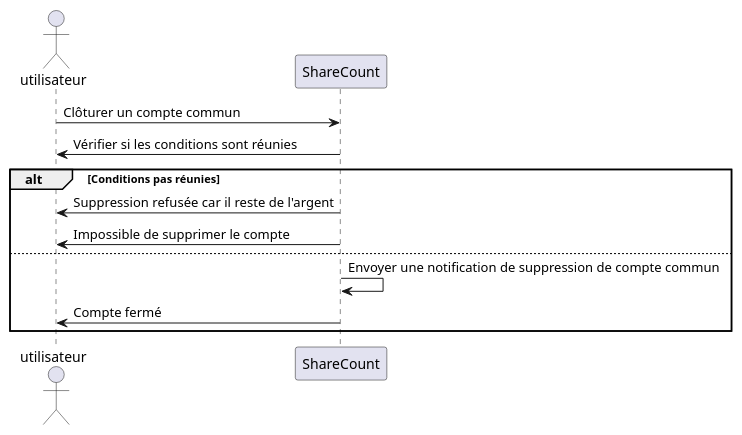
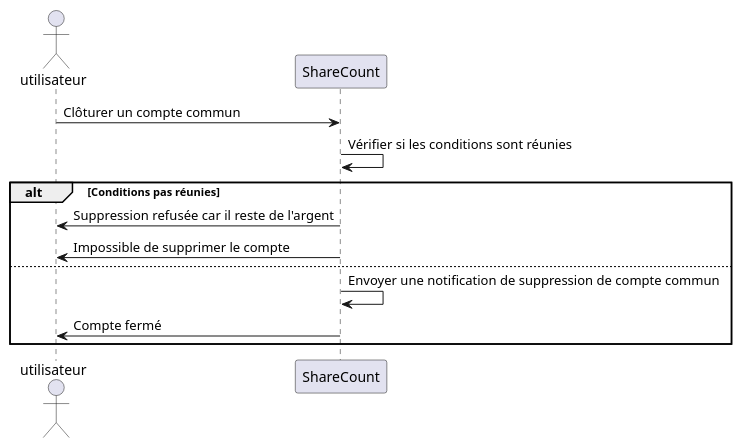
Before and after one commit to lmtb06/sharecount: the diagram in diagrammes/specification/sequence/Clôturer-un-compte-commun.puml, drawn with PlantUML. The commit also changed 4 other files, not shown here.

Commit message:
-Ajout du diagramme de classe -Modification diagramme etat -Modification des diagrammes de sequence

```diff
--- a/diagrammes/specification/sequence/Clôturer-un-compte-commun.puml
+++ b/diagrammes/specification/sequence/Clôturer-un-compte-commun.puml
@@ -1,19 +1,19 @@
 @startuml  Clôturer un compte commun
 
 actor utilisateur as u
 participant ShareCount as sc
 
-u -> sc : Clôturer un compte commun 
-sc -> u : Vérifier si les conditions sont réunies
+u -> sc : Clôturer un compte commun
+sc -> sc : Vérifier si les conditions sont réunies
 
 alt Conditions pas réunies
 sc -> u : Suppression refusée car il reste de l'argent
 sc -> u : Impossible de supprimer le compte
 else
 
 sc -> sc : Envoyer une notification de suppression de compte commun
 sc -> u : Compte fermé
 
 end
 
 @enduml
```
